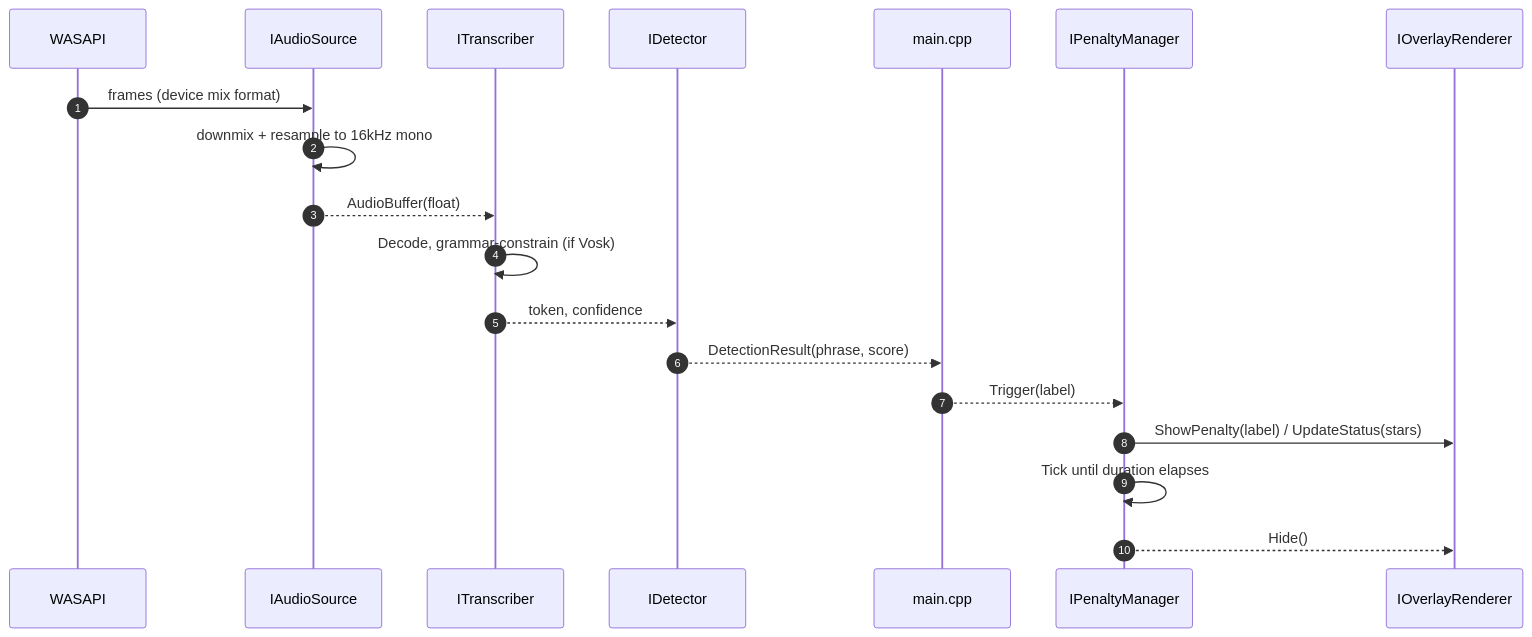
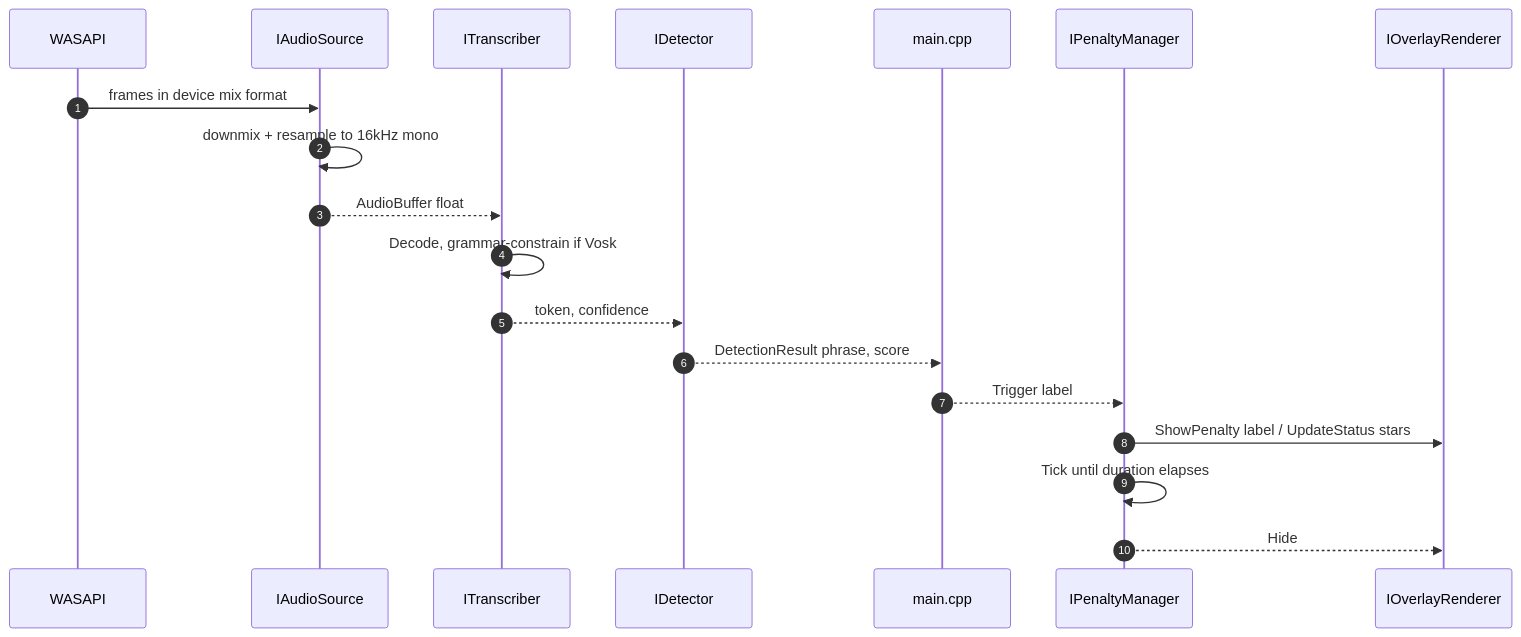
The third of 4 diagrams in docs/ARCHITECTURE.md (mwridgway/Straf), drawn with Mermaid before and after one commit. The commit also changed other lines of this file and 10 other files, not shown here.

Commit message:
Enable Vosk STT backend and refactor audio handling with silent audio source; update documentation and configuration presets

````diff
--- a/docs/ARCHITECTURE.md
+++ b/docs/ARCHITECTURE.md
@@ -81,22 +84,22 @@
 ```mermaid
 sequenceDiagram
     autonumber
     participant Mic as WASAPI
     participant Audio as IAudioSource
     participant STT as ITranscriber
     participant Det as IDetector
     participant Main as main.cpp
     participant Pen as IPenaltyManager
     participant Ovr as IOverlayRenderer
 
-    Mic->>Audio: frames (device mix format)
+    Mic->>Audio: frames in device mix format
     Audio->>Audio: downmix + resample to 16kHz mono
-    Audio-->>STT: AudioBuffer(float)
-    STT->>STT: Decode, grammar-constrain (if Vosk)
+    Audio-->>STT: AudioBuffer float
+    STT->>STT: Decode, grammar-constrain if Vosk
     STT-->>Det: token, confidence
-    Det-->>Main: DetectionResult(phrase, score)
-    Main-->>Pen: Trigger(label)
-    Pen->>Ovr: ShowPenalty(label) / UpdateStatus(stars)
+    Det-->>Main: DetectionResult phrase, score
+    Main-->>Pen: Trigger label
+    Pen->>Ovr: ShowPenalty label / UpdateStatus stars
     Pen->>Pen: Tick until duration elapses
-    Pen-->>Ovr: Hide()
+    Pen-->>Ovr: Hide
 ```
````
